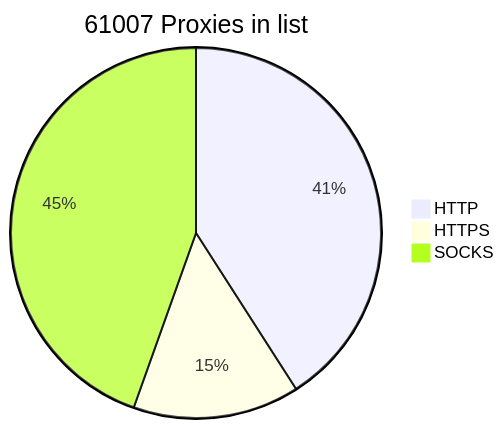
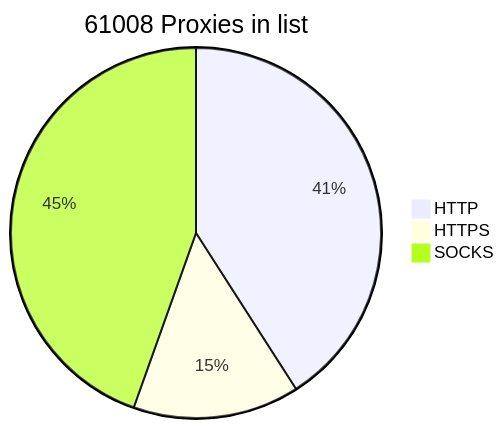
Before and after one commit to BlackSnowDot/proxylist-update-every-minute: the diagram in README.md, drawn with Mermaid.

````diff
--- a/README.md
+++ b/README.md
@@ -2,6 +2,6 @@
 ```mermaid
-pie title 61007 Proxies in list
-    "HTTP" : 28287
+pie title 61008 Proxies in list
+    "HTTP" : 28288
     "HTTPS": 10043
     "SOCKS" : 30790
 ```
````
